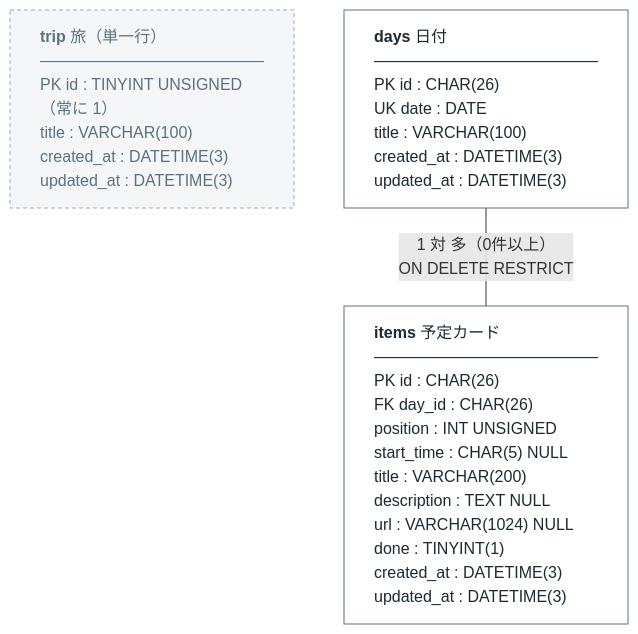
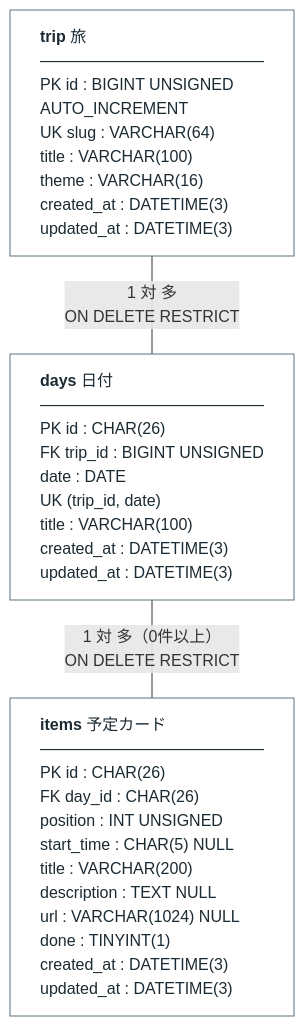
The diagram in docs/db-design/erd.mmd (kotetsu1225/okinawa-shiori), drawn with Mermaid before and after one commit. The commit also changed 53 other files, not shown here.

```diff
--- a/docs/db-design/erd.mmd
+++ b/docs/db-design/erd.mmd
@@ -1,19 +1,18 @@
 %% 沖縄のしおり — DB 関係図
 %% 注: 利用中のビューアが erDiagram 未対応のため flowchart で表現している。
 %% 凡例: PK = 主キー / FK = 外部キー / UK = 一意キー / 型に NULL が無いものは NOT NULL
 %% 既定値・文字セット・照合順序は README.md の DDL を参照。
 
 flowchart TB
 
-    trip["<b>trip</b> 旅（単一行）<br>――――――――――――――<br>PK id : TINYINT UNSIGNED（常に 1）<br>title : VARCHAR(100)<br>created_at : DATETIME(3)<br>updated_at : DATETIME(3)"]
+    trip["<b>trip</b> 旅<br>――――――――――――――<br>PK id : BIGINT UNSIGNED AUTO_INCREMENT<br>UK slug : VARCHAR(64)<br>title : VARCHAR(100)<br>theme : VARCHAR(16)<br>created_at : DATETIME(3)<br>updated_at : DATETIME(3)"]
 
-    days["<b>days</b> 日付<br>――――――――――――――<br>PK id : CHAR(26)<br>UK date : DATE<br>title : VARCHAR(100)<br>created_at : DATETIME(3)<br>updated_at : DATETIME(3)"]
+    days["<b>days</b> 日付<br>――――――――――――――<br>PK id : CHAR(26)<br>FK trip_id : BIGINT UNSIGNED<br>date : DATE<br>UK (trip_id, date)<br>title : VARCHAR(100)<br>created_at : DATETIME(3)<br>updated_at : DATETIME(3)"]
 
     items["<b>items</b> 予定カード<br>――――――――――――――<br>PK id : CHAR(26)<br>FK day_id : CHAR(26)<br>position : INT UNSIGNED<br>start_time : CHAR(5) NULL<br>title : VARCHAR(200)<br>description : TEXT NULL<br>url : VARCHAR(1024) NULL<br>done : TINYINT(1)<br>created_at : DATETIME(3)<br>updated_at : DATETIME(3)"]
 
+    trip ---|"1 対 多<br>ON DELETE RESTRICT"| days
     days ---|"1 対 多（0件以上）<br>ON DELETE RESTRICT"| items
 
     classDef tbl fill:#ffffff,stroke:#5A7280,stroke-width:1px,color:#1B2A33,text-align:left
-    classDef iso fill:#f4f6f8,stroke:#9AB0BC,stroke-width:1px,stroke-dasharray:4 3,color:#5A7280,text-align:left
-    class days,items tbl
-    class trip iso
+    class trip,days,items tbl
```
